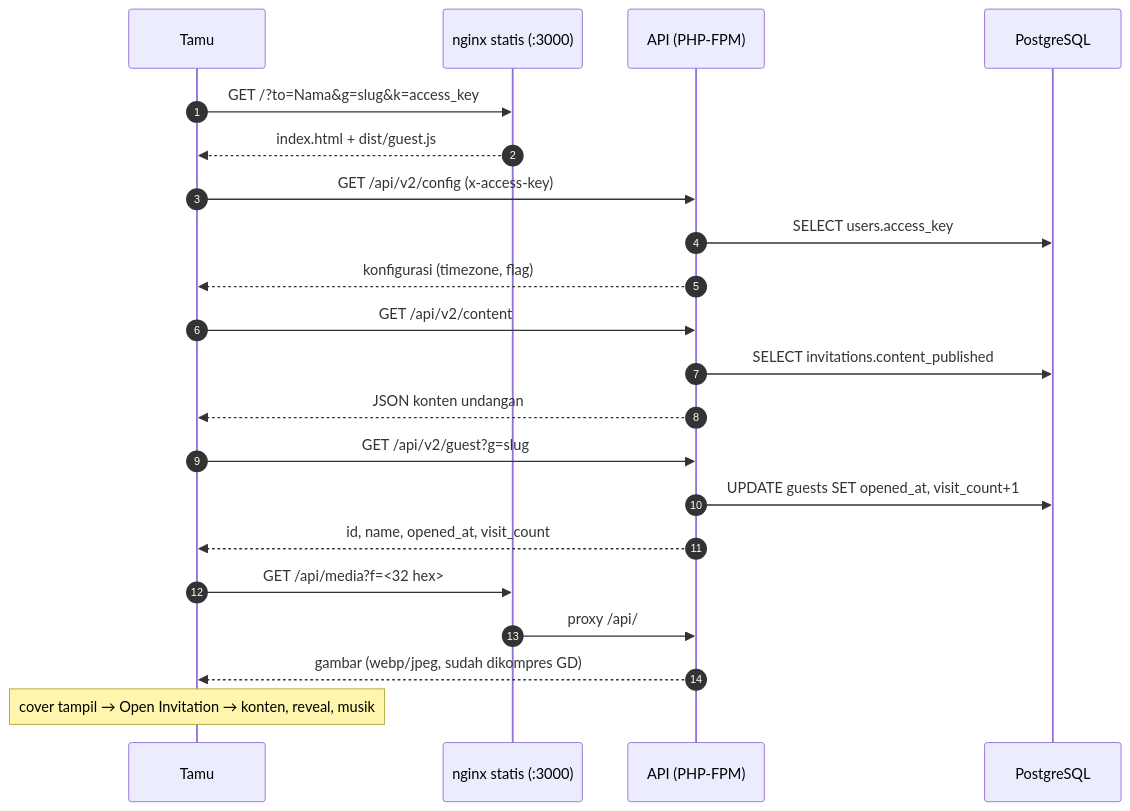
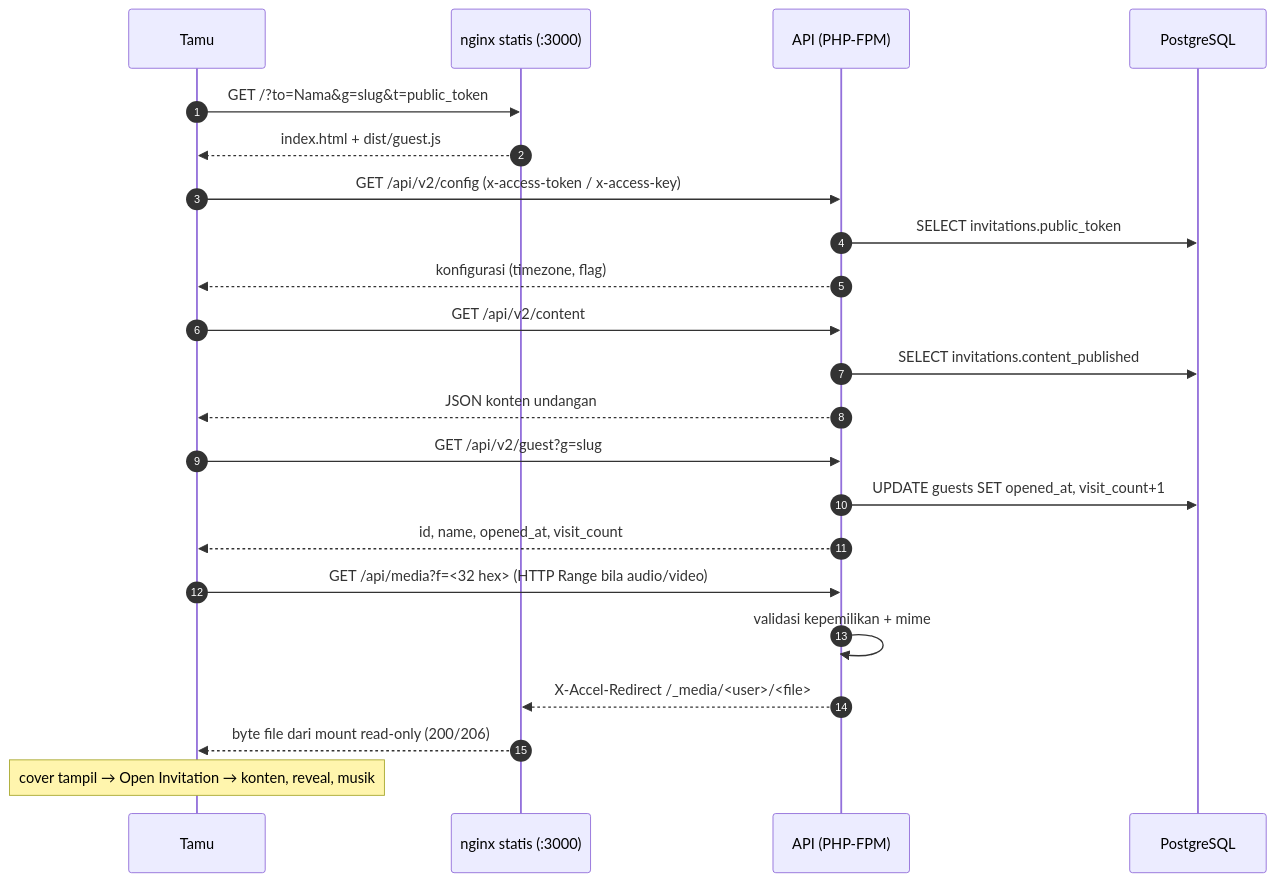
One commit to rizkialvan/undangan-pernikahan changed the second of 4 diagrams in README.md. Above: the diagram before and after it, drawn with Mermaid. The commit also changed other lines of this file and 19 other files, not shown here.

````diff
--- a/README.md
+++ b/README.md
@@ -140,24 +160,25 @@
 ```mermaid
 sequenceDiagram
     autonumber
     participant T as Tamu
     participant W as nginx statis (:3000)
     participant A as API (PHP-FPM)
     participant D as PostgreSQL
 
-    T->>W: GET /?to=Nama&g=slug&k=access_key
+    T->>W: GET /?to=Nama&g=slug&t=public_token
     W-->>T: index.html + dist/guest.js
-    T->>A: GET /api/v2/config (x-access-key)
-    A->>D: SELECT users.access_key
+    T->>A: GET /api/v2/config (x-access-token / x-access-key)
+    A->>D: SELECT invitations.public_token
     A-->>T: konfigurasi (timezone, flag)
     T->>A: GET /api/v2/content
     A->>D: SELECT invitations.content_published
     A-->>T: JSON konten undangan
     T->>A: GET /api/v2/guest?g=slug
     A->>D: UPDATE guests SET opened_at, visit_count+1
     A-->>T: id, name, opened_at, visit_count
-    T->>W: GET /api/media?f=<32 hex>
-    W->>A: proxy /api/
-    A-->>T: gambar (webp/jpeg, sudah dikompres GD)
+    T->>A: GET /api/media?f=<32 hex> (HTTP Range bila audio/video)
+    A->>A: validasi kepemilikan + mime
+    A-->>W: X-Accel-Redirect /_media/<user>/<file>
+    W-->>T: byte file dari mount read-only (200/206)
     Note over T: cover tampil → Open Invitation → konten, reveal, musik
 ```
````
